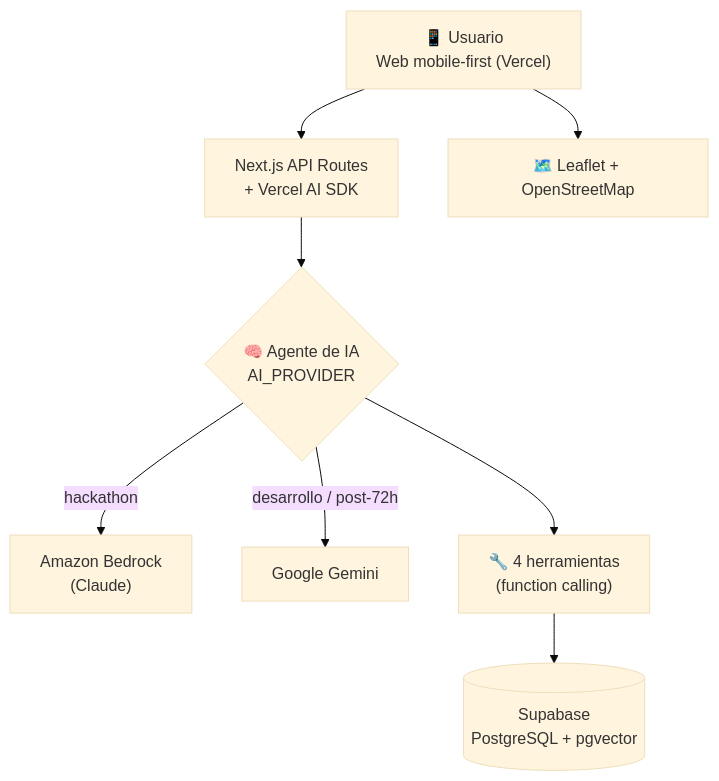
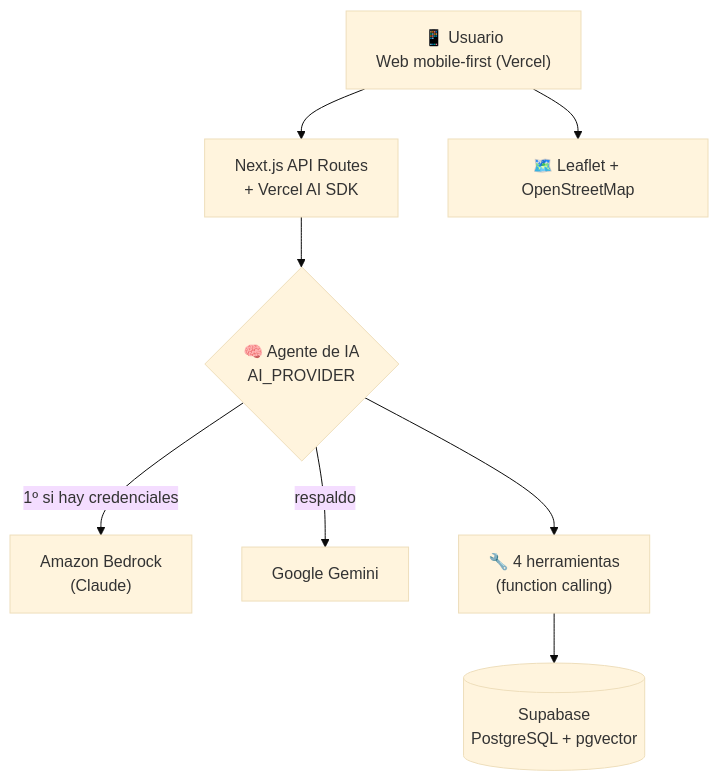
Before and after one commit to SergioBrPerez/AWS-Hackathon: the first of 3 diagrams in README.md, drawn with Mermaid (base theme). The commit also changed other lines of this file and 13 other files, not shown here.

Commit message:
Fase 2: agente con las 4 herramientas (/api/chat) + Bedrock como modelo principal con respaldo automático a Gemini

````diff
--- a/README.md
+++ b/README.md
@@ -57,10 +57,10 @@
 ```mermaid
 flowchart TD
     U["📱 Usuario<br/>Web mobile-first (Vercel)"] --> API["Next.js API Routes<br/>+ Vercel AI SDK"]
     U --> MAP["🗺️ Leaflet + OpenStreetMap"]
     API --> LLM{"🧠 Agente de IA<br/>AI_PROVIDER"}
-    LLM -->|hackathon| BR["Amazon Bedrock<br/>(Claude)"]
-    LLM -->|desarrollo / post-72h| GE["Google Gemini"]
+    LLM -->|1º si hay credenciales| BR["Amazon Bedrock<br/>(Claude)"]
+    LLM -->|respaldo| GE["Google Gemini"]
     LLM --> T["🔧 4 herramientas<br/>(function calling)"]
     T --> DB[("Supabase<br/>PostgreSQL + pgvector")]
 ```
````
